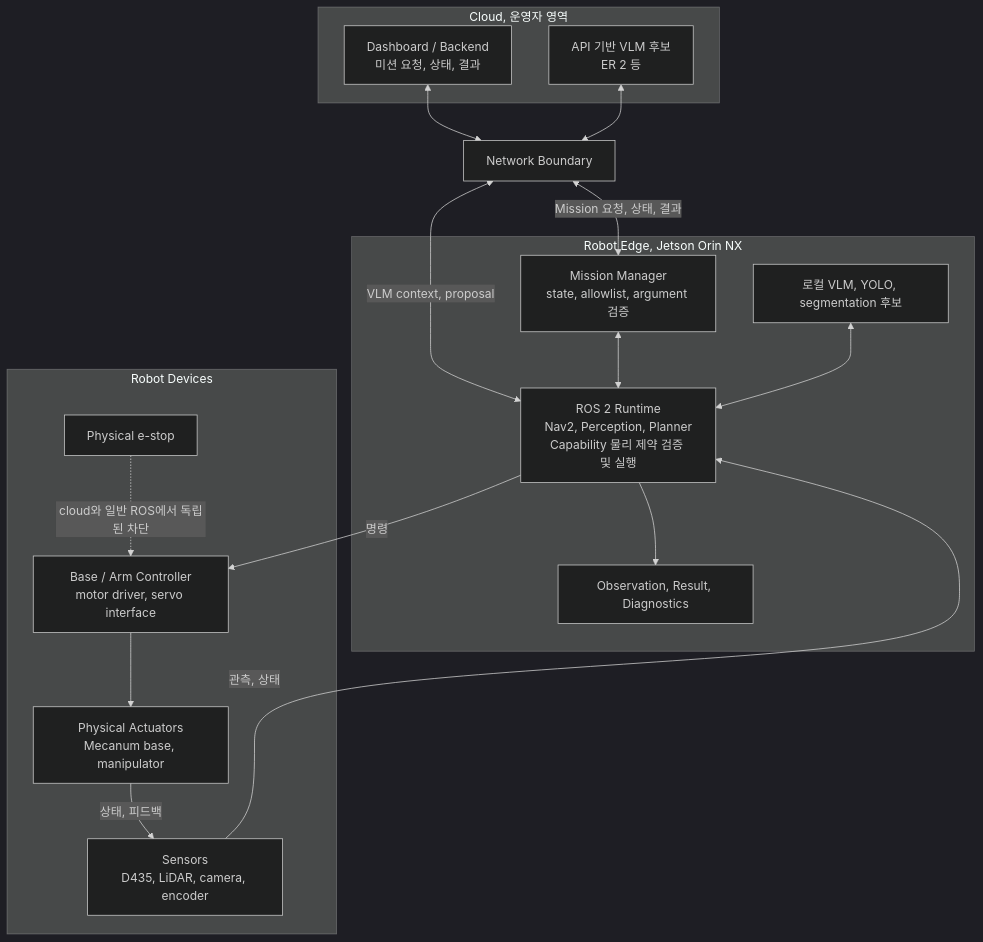
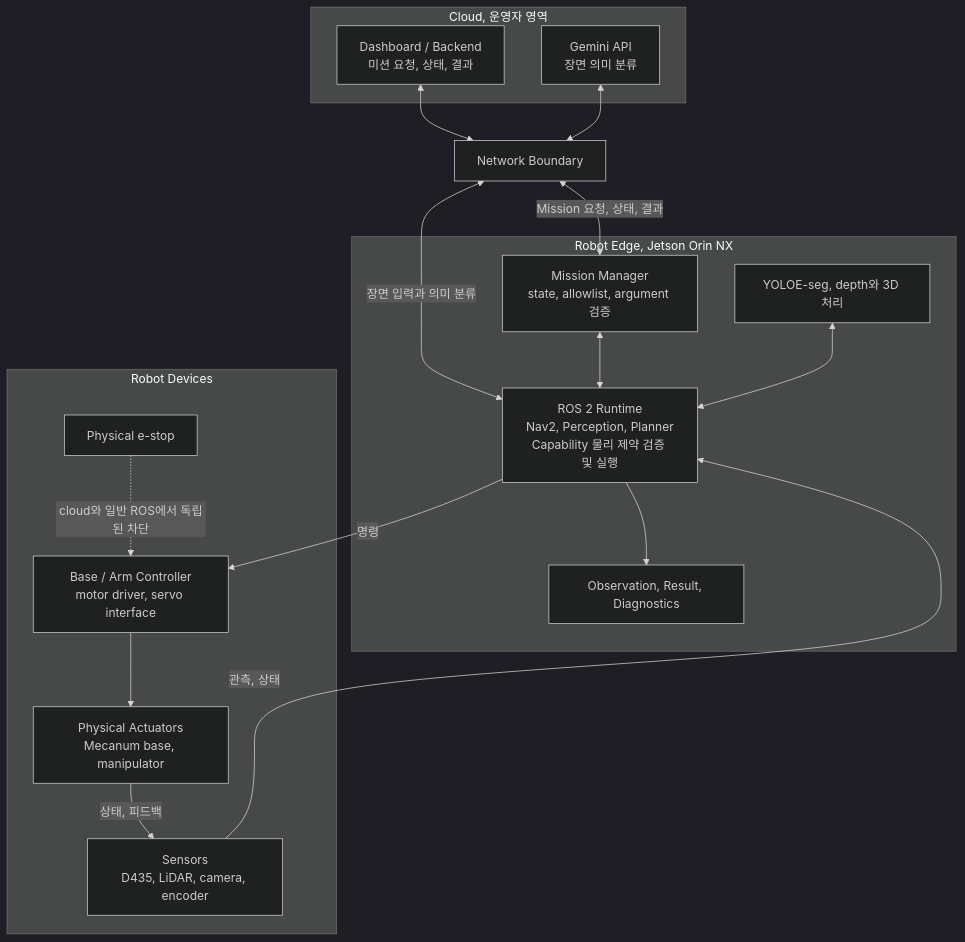
Before and after one commit to asm17-moving-agent/cleany-docs: the diagram in 20_TECHNICAL/06 - Edge Runtime Jetson Orin.md, drawn with Mermaid (dark theme). The commit also changed other lines of this file and 21 other files, not shown here.

````diff
--- a/20_TECHNICAL/06 - Edge Runtime Jetson Orin.md
+++ b/20_TECHNICAL/06 - Edge Runtime Jetson Orin.md
@@ -11,35 +12,35 @@
 ```mermaid
 flowchart TB
     subgraph cloud["Cloud, 운영자 영역"]
         dashboard["Dashboard / Backend<br/>미션 요청, 상태, 결과"]
-        api_vlm["API 기반 VLM 후보<br/>ER 2 등"]
+        api_vlm["Gemini API<br/>장면 의미 분류"]
     end
 
     network["Network Boundary"]
 
     subgraph edge["Robot Edge, Jetson Orin NX"]
         mission["Mission Manager<br/>state, allowlist, argument 검증"]
-        local_ai["로컬 VLM, YOLO, segmentation 후보"]
+        local_ai["YOLOE-seg, depth와 3D 처리"]
         ros["ROS 2 Runtime<br/>Nav2, Perception, Planner<br/>Capability 물리 제약 검증 및 실행"]
         logs["Observation, Result, Diagnostics"]
     end
 
     subgraph devices["Robot Devices"]
         sensors["Sensors<br/>D435, LiDAR, camera, encoder"]
         controllers["Base / Arm Controller<br/>motor driver, servo interface"]
         actuators["Physical Actuators<br/>Mecanum base, manipulator"]
         estop["Physical e-stop"]
     end
 
     dashboard <--> network
     api_vlm <--> network
     network <-->|Mission 요청, 상태, 결과| mission
-    network <-->|VLM context, proposal| ros
+    network <-->|장면 입력과 의미 분류| ros
     mission <--> ros
     local_ai <--> ros
     sensors -->|관측, 상태| ros
     ros --> logs
     ros -->|명령| controllers --> actuators
     actuators -->|상태, 피드백| sensors
     estop -.->|cloud와 일반 ROS에서 독립된 차단| controllers
 ```
````
